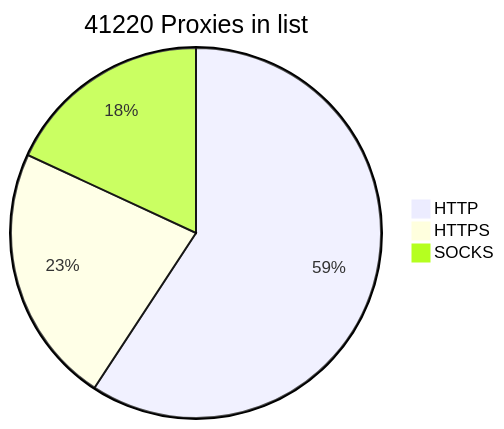
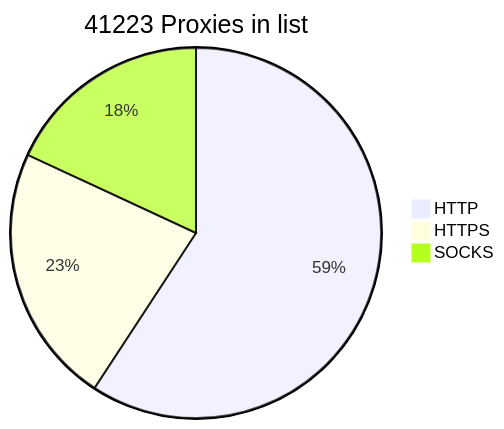
The diagram in README.md (BlackSnowDot/proxylist-update-every-minute), drawn with Mermaid before and after one commit.

````diff
--- a/README.md
+++ b/README.md
@@ -2,6 +2,6 @@
 ```mermaid
-pie title 41220 Proxies in list
-    "HTTP" : 28692
-    "HTTPS": 10982
+pie title 41223 Proxies in list
+    "HTTP" : 28688
+    "HTTPS": 10992
     "SOCKS" : 8761
 ```
````
